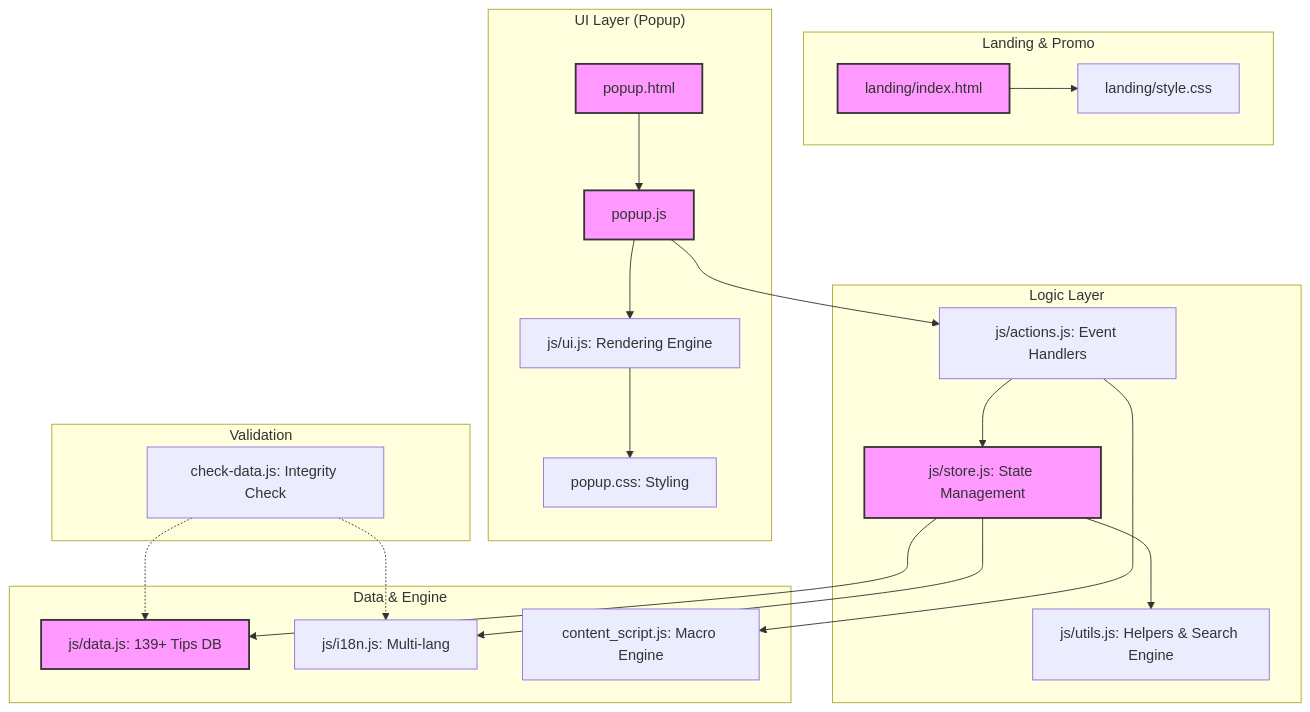
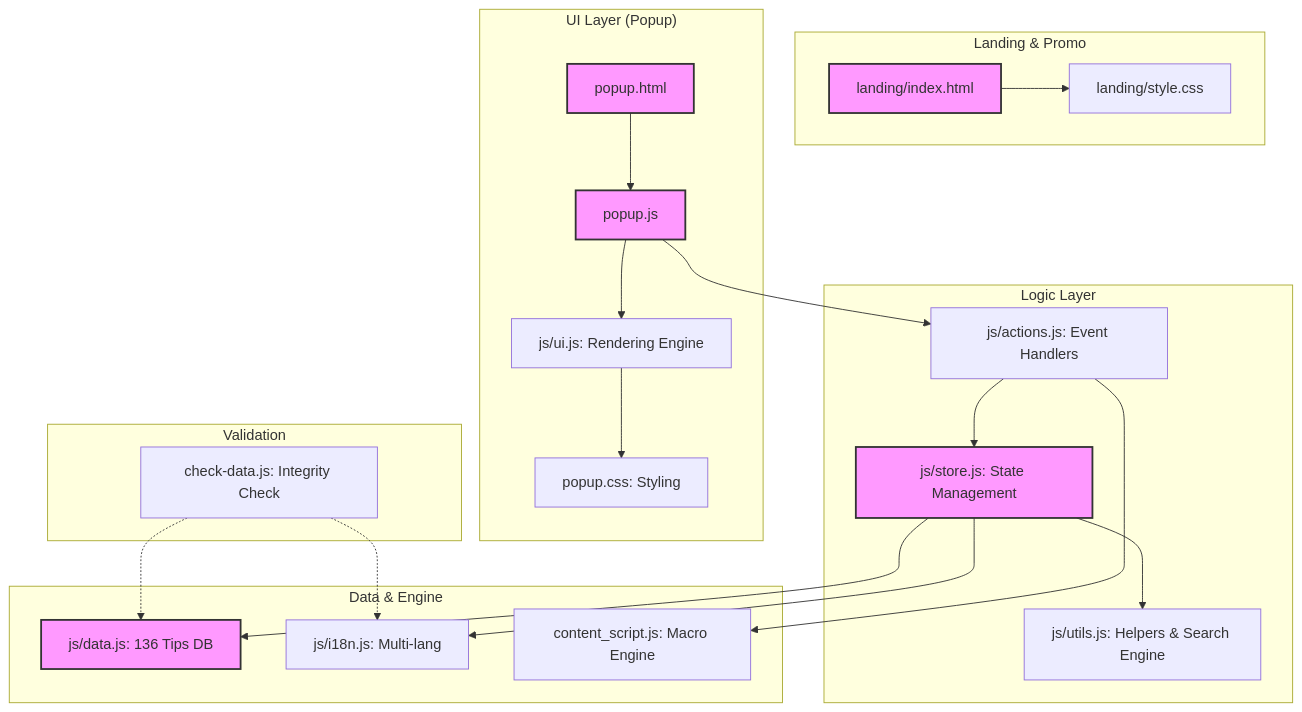
The diagram in PROJECT_GUIDE.md (baekjunha/my-chrome-guide), drawn with Mermaid before and after one commit. The commit also changed other lines of this file and 5 other files, not shown here.

````diff
--- a/PROJECT_GUIDE.md
+++ b/PROJECT_GUIDE.md
@@ -11,32 +9,32 @@
 ```mermaid
 graph TD
     subgraph "Landing & Promo"
         LP[landing/index.html] --> LC[landing/style.css]
     end
 
     subgraph "UI Layer (Popup)"
         P[popup.html] --> JS[popup.js]
         JS --> UI[js/ui.js: Rendering Engine]
         UI --> CSS[popup.css: Styling]
     end
 
     subgraph "Logic Layer"
         JS --> ACT[js/actions.js: Event Handlers]
         ACT --> STORE[js/store.js: State Management]
         STORE --> UTIL[js/utils.js: Helpers & Search Engine]
     end
 
     subgraph "Data & Engine"
-        STORE --> DATA[js/data.js: 139+ Tips DB]
+        STORE --> DATA[js/data.js: 136 Tips DB]
         STORE --> I18N[js/i18n.js: Multi-lang]
         ACT --> CS[content_script.js: Macro Engine]
     end
 
     subgraph "Validation"
         CHK[check-data.js: Integrity Check] -.-> DATA
         CHK -.-> I18N
     end
 
     classDef primary fill:#f9f,stroke:#333,stroke-width:2px;
     class P,JS,STORE,DATA,LP primary;
 ```
````
